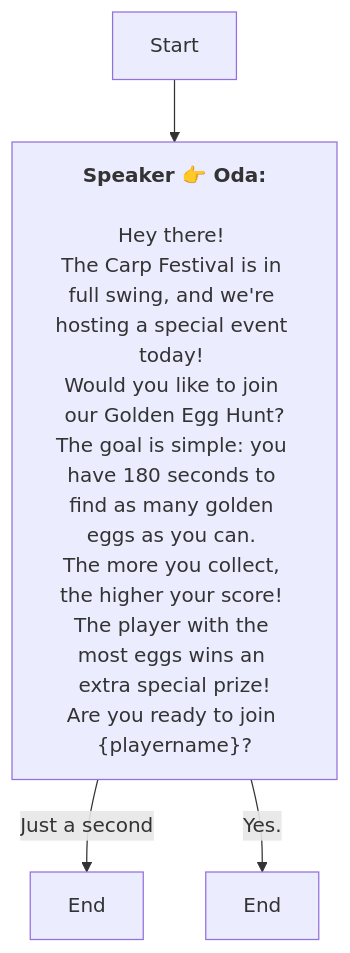
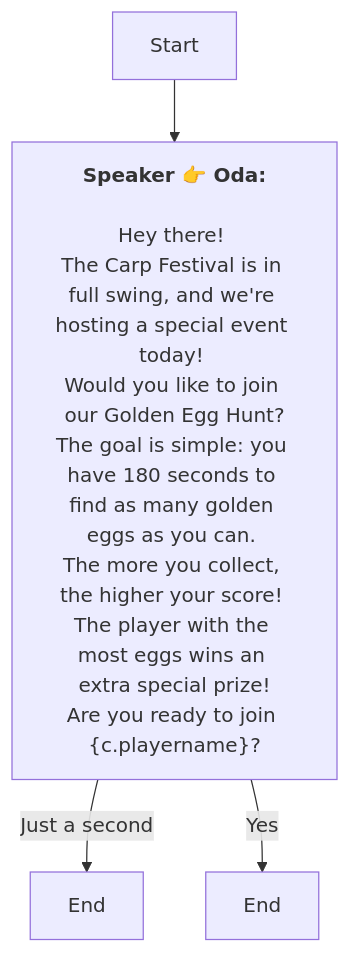
Before and after one commit to SoftHu/tos_avg: the diagram in En/QuestTalkObjectiveNode_1768889928343338.md, drawn with Mermaid. The commit also changed 410 other files, not shown here.

````diff
--- a/En/QuestTalkObjectiveNode_1768889928343338.md
+++ b/En/QuestTalkObjectiveNode_1768889928343338.md
@@ -1,12 +1,12 @@
 ```mermaid
 graph
 Start -->1768890085543728[<b>Speaker 👉 Oda:</b>
 \nHey there! 
 The Carp Festival is in full swing, and we're hosting a special event today! 
 Would you like to join our Golden Egg Hunt?\nThe goal is simple: you have 180 seconds to find as many golden eggs as you can. 
 The more you collect, the higher your score! 
-The player with the most eggs wins an extra special prize!\nAre you ready to join &lbrace;playername&rbrace;?]
+The player with the most eggs wins an extra special prize!\nAre you ready to join &lbrace;c.playername&rbrace;?]
 1768890085543728 -->|Just a second|1770206532074583[End]
-1768890085543728 -->|Yes.|1768890258964276[End]
+1768890085543728 -->|Yes|1768890258964276[End]
 
 ```
````
